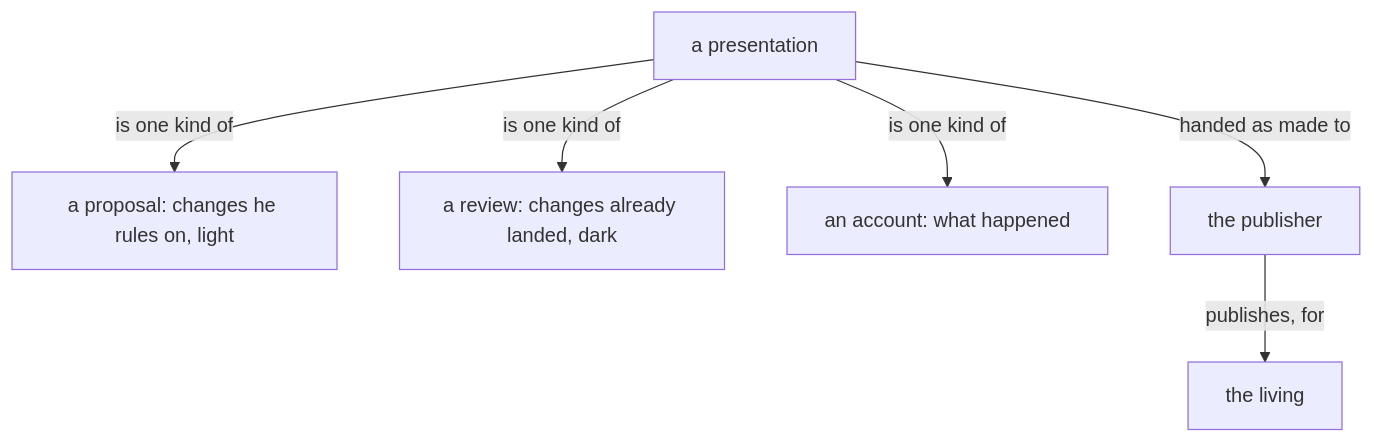
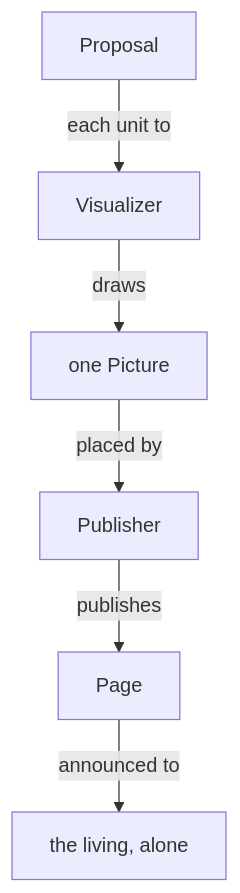
Before and after one commit to LiGoldragon/psyche-belief: the diagram in vision/presentation/0.md, drawn with Mermaid. The commit also changed other lines of this file, not shown here.

Commit message:
Publication: replace the module with Fable’s proposal (approved by the living)

````diff
--- a/vision/presentation/0.md
+++ b/vision/presentation/0.md
@@ -75,8 +20,8 @@
 ```mermaid
 flowchart TB
-    p["a presentation"] -- "is one kind of" --> pr["a proposal: changes he rules on, light"]
-    p -- "is one kind of" --> rv["a review: changes already landed, dark"]
-    p -- "is one kind of" --> ac["an account: what happened"]
-    p -- "handed as made to" --> b["the publisher"]
-    b -- "publishes, for" --> l["the living"]
+    p["Proposal"] -- "each unit to" --> v["Visualizer"]
+    v -- "draws" --> i["one Picture"]
+    i -- "placed by" --> b["Publisher"]
+    b -- "publishes" --> g["Page"]
+    g -- "announced to" --> l["the living, alone"]
 ```
````
